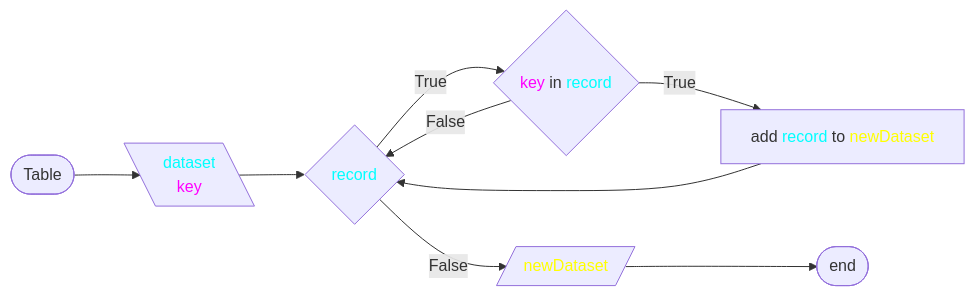
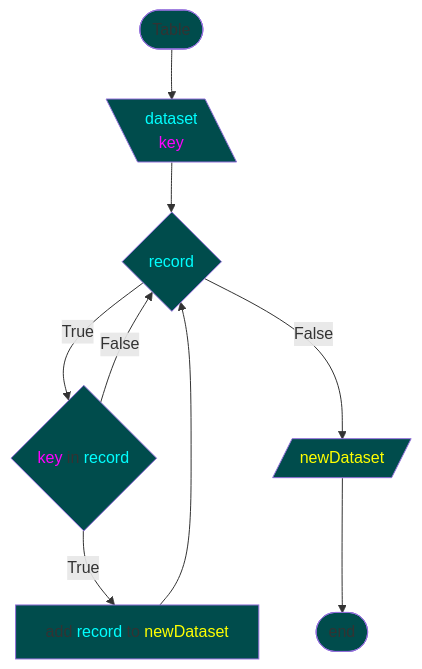
One commit to 7s4e/p3 changed diagram 13 of 20 in scripts/table/design.md. Above: the diagram before and after it, drawn with Mermaid. The commit also changed other lines of this file, not shown here.

````diff
--- a/scripts/table/design.md
+++ b/scripts/table/design.md
@@ -387,21 +387,22 @@
 ```mermaid
-flowchart LR
-    STR([Table])
+flowchart
+    classDef fill fill:#004c4c
+    STR([Table]):::fill
         STR --> INP
     INP[\"<span style='color:cyan;'>dataset</span>
-          <span style='color:magenta;'>key</span>"\]
+          <span style='color:magenta;'>key</span>"\]:::fill
         INP --> RCD
-    RCD{"<span style='color:cyan;'>record</span>"}
+    RCD{"<span style='color:cyan;'>record</span>"}:::fill
         RCD -- True  --> KEY
         KEY -- False --> RCD
         ADD          --> RCD
         RCD -- False --> SET
     KEY{"<span style='color:magenta;'>key</span> in <span style=
-             'color:cyan;'>record</span>"}
+             'color:cyan;'>record</span>"}:::fill
         KEY -- True --> ADD
     ADD["add <span style='color:cyan;'>record</span> to <span style=
-             'color:yellow;'>newDataset</span>"]
-    SET[/"<span style='color:yellow;'>newDataset</span>"/]
+             'color:yellow;'>newDataset</span>"]:::fill
+    SET[/"<span style='color:yellow;'>newDataset</span>"/]:::fill
         SET --> END
-    END([end])
+    END([end]):::fill
 ```
````
